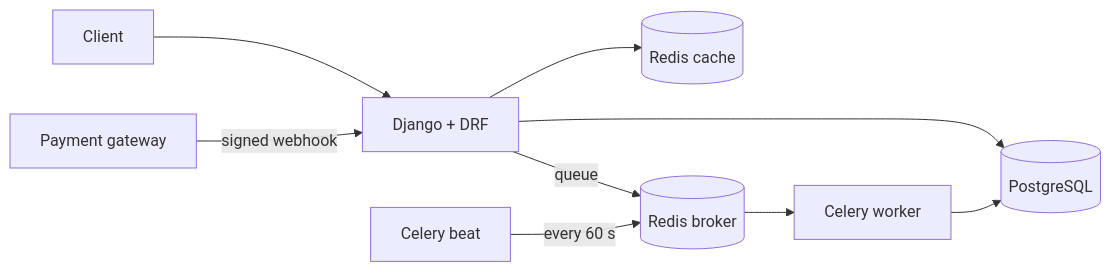
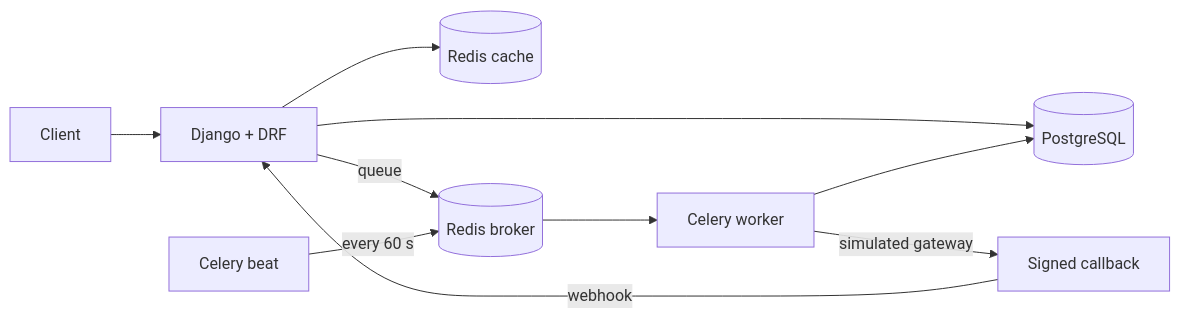
The diagram in README.md (anasyaghi9/ticketing), drawn with Mermaid before and after one commit. The commit also changed other lines of this file, not shown here.

First line of the commit message:
Enhance README with updates on tech stack and flow

````diff
--- a/README.md
+++ b/README.md
@@ -43,11 +43,12 @@
 ```mermaid
 flowchart LR
     Client --> API[Django + DRF]
     API --> DB[(PostgreSQL)]
     API --> Cache[(Redis cache)]
     API -->|queue| Broker[(Redis broker)]
     Broker --> Worker[Celery worker]
     Beat[Celery beat] -->|every 60 s| Broker
     Worker --> DB
-    Gateway[Payment gateway] -->|signed webhook| API
+    Worker -->|simulated gateway| Gateway[Signed callback]
+    Gateway -->|webhook| API
 ```
````
